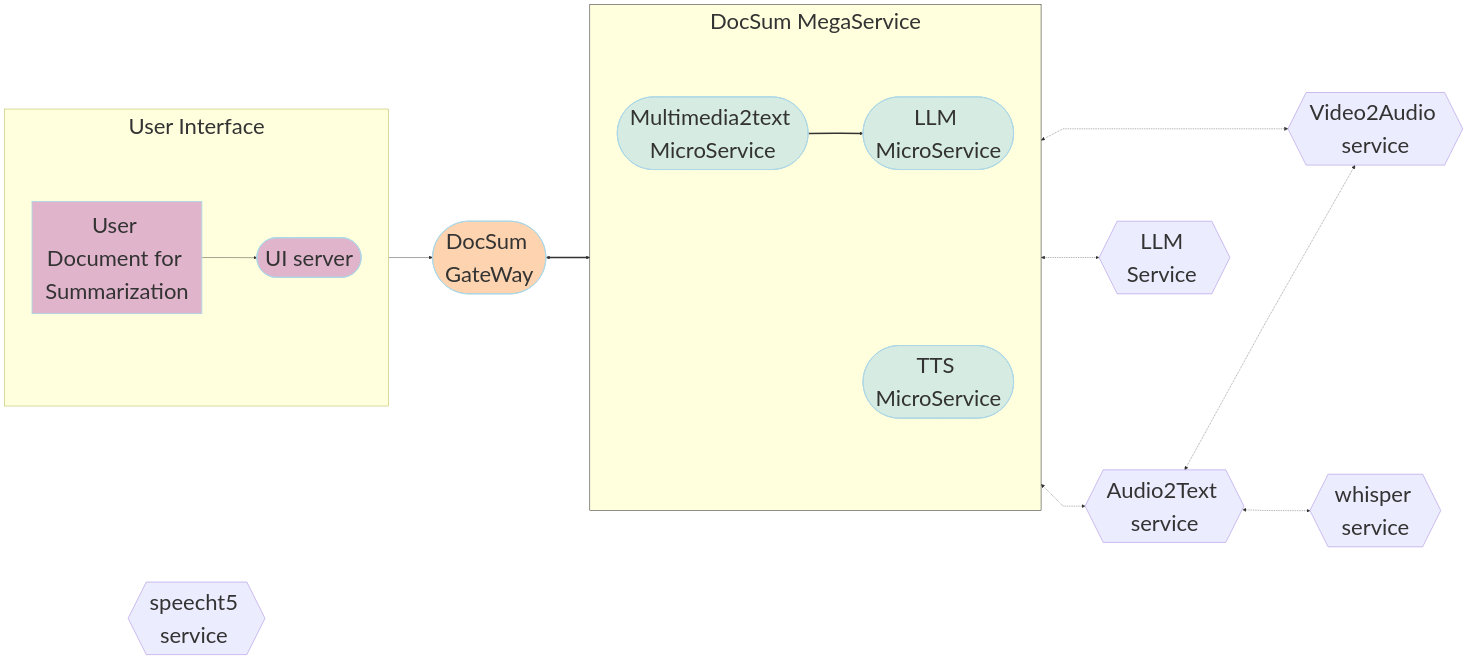
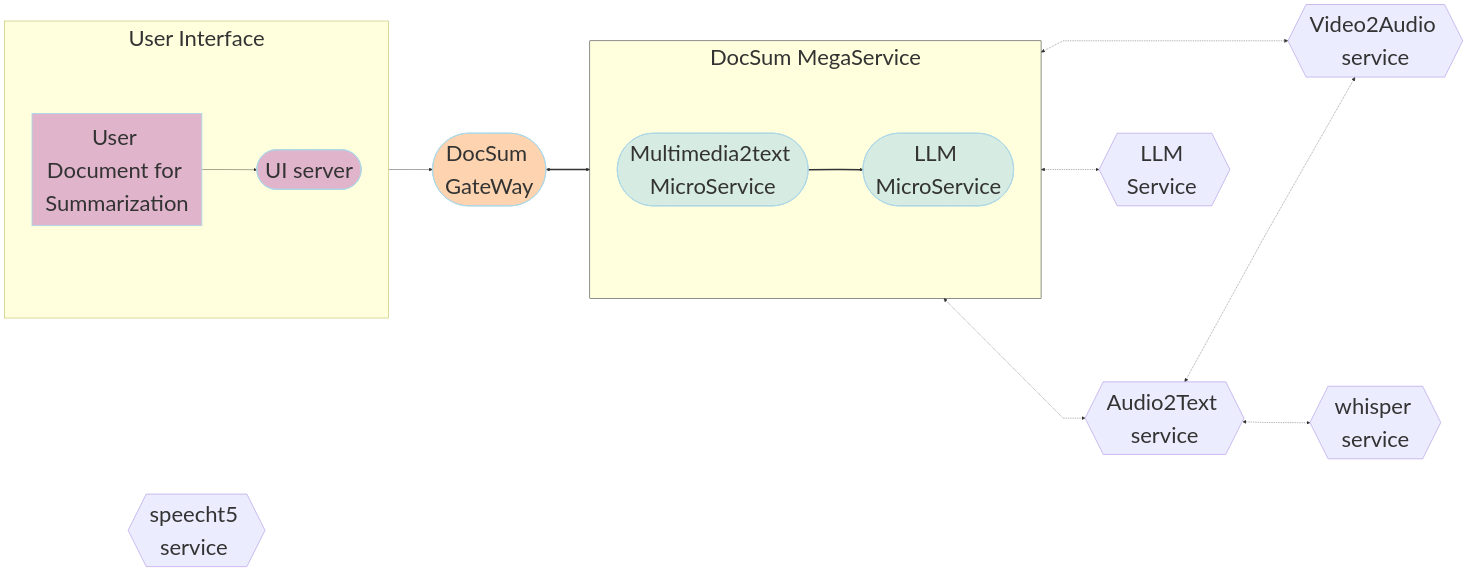
One commit to opea-project/GenAIExamples changed the second of 2 diagrams in DocSum/README.md. Above: the diagram before and after it, drawn with Mermaid. The commit also changed other lines of this file, not shown here.

````diff
--- a/DocSum/README.md
+++ b/DocSum/README.md
@@ -129,56 +129,55 @@
 ```mermaid
 ---
 config:
   flowchart:
     nodeSpacing: 400
     rankSpacing: 100
     curve: linear
   themeVariables:
     fontSize: 50px
 ---
 flowchart LR
     %% Colors %%
     classDef blue fill:#ADD8E6,stroke:#ADD8E6,stroke-width:2px,fill-opacity:0.5
     classDef orange fill:#FBAA60,stroke:#ADD8E6,stroke-width:2px,fill-opacity:0.5
     classDef orchid fill:#C26DBC,stroke:#ADD8E6,stroke-width:2px,fill-opacity:0.5
     classDef invisible fill:transparent,stroke:transparent;
     style DocSum-MegaService stroke:#000000
 
     %% Subgraphs %%
     subgraph DocSum-MegaService["DocSum MegaService "]
         direction LR
         M2T([Multimedia2text MicroService]):::blue
         LLM([LLM MicroService]):::blue
-        TTS([TTS MicroService]):::blue
     end
     subgraph UserInterface[" User Interface "]
         direction LR
         a([User Input Query]):::orchid
         UI([UI server<br>]):::orchid
     end
 
 
     A2T_SRV{{Audio2Text service<br>}}
     V2A_SRV{{Video2Audio service<br>}}
     WSP_SRV{{whisper service<br>}}
     SPC_SRV{{speecht5 service <br>}}
     LLM_gen{{LLM Service <br>}}
     GW([DocSum GateWay<br>]):::orange
 
 
     %% Questions interaction
     direction LR
     a[User Document for Summarization] --> UI
     UI --> GW
     GW <==> DocSum-MegaService
     M2T ==> LLM
     
     %% Embedding service flow
     direction LR
     M2T <-.-> V2A_SRV
     M2T <-.-> A2T_SRV <-.-> WSP_SRV
     A2T_SRV <-.-> V2A_SRV 
     LLM <-.-> LLM_gen
 
 
 ```
````
